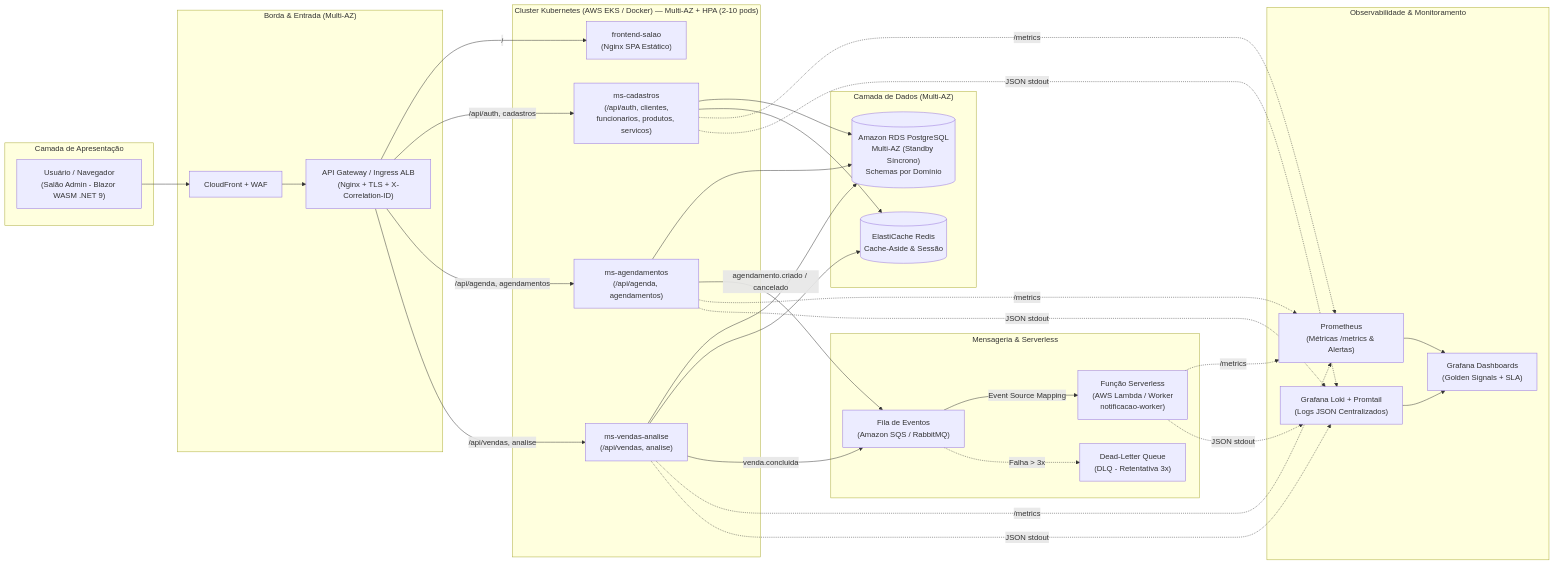
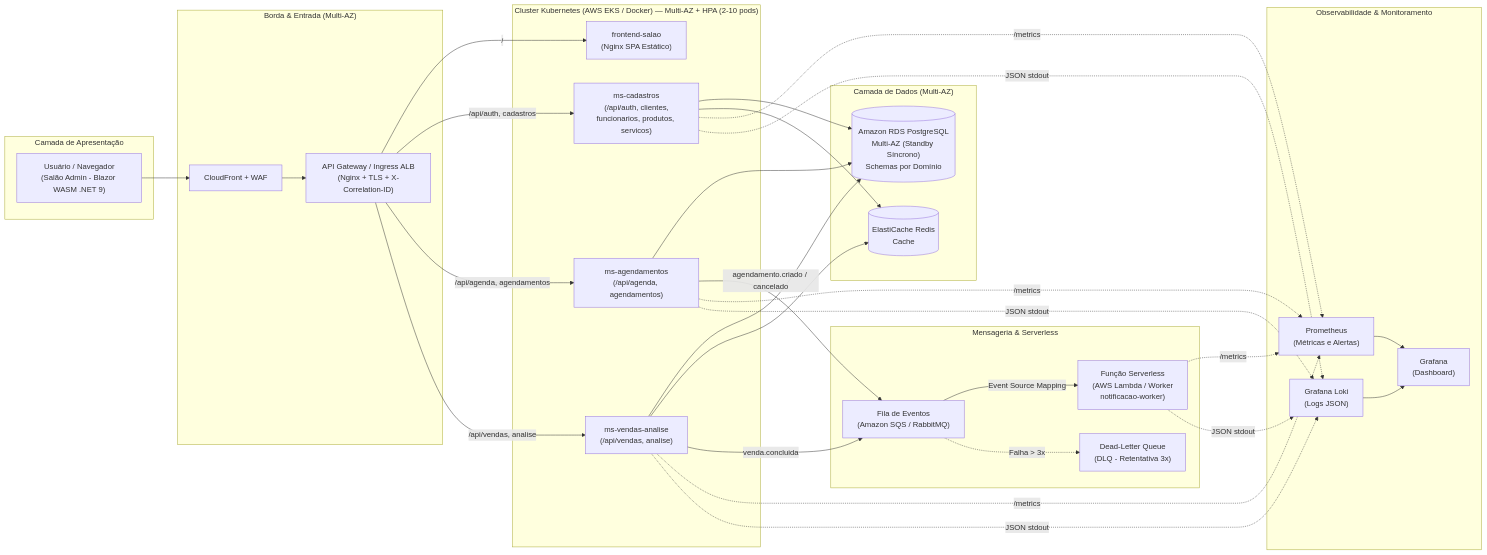
Before and after one commit to Xandi-avila/FrontendSalao: the diagram in 1-arquitetura/diagrama-arquitetura.mmd, drawn with Mermaid. The commit also changed 31 other files, not shown here.

```diff
--- a/1-arquitetura/diagrama-arquitetura.mmd
+++ b/1-arquitetura/diagrama-arquitetura.mmd
@@ -1,61 +1,61 @@
 flowchart LR
     subgraph Client["Camada de Apresentação"]
         U["Usuário / Navegador<br/>(Salão Admin - Blazor WASM .NET 9)"]
     end
 
     subgraph Edge["Borda & Entrada (Multi-AZ)"]
         CDN["CloudFront + WAF"]
         GW["API Gateway / Ingress ALB<br/>(Nginx + TLS + X-Correlation-ID)"]
     end
 
     subgraph K8S["Cluster Kubernetes (AWS EKS / Docker) — Multi-AZ + HPA (2-10 pods)"]
         FE["frontend-salao<br/>(Nginx SPA Estático)"]
         MS1["ms-cadastros<br/>(/api/auth, clientes,<br/>funcionarios, produtos, servicos)"]
         MS2["ms-agendamentos<br/>(/api/agenda, agendamentos)"]
         MS3["ms-vendas-analise<br/>(/api/vendas, analise)"]
     end
 
     subgraph Async["Mensageria & Serverless"]
         SQS["Fila de Eventos<br/>(Amazon SQS / RabbitMQ)"]
         DLQ["Dead-Letter Queue<br/>(DLQ - Retentativa 3x)"]
         LMB["Função Serverless<br/>(AWS Lambda / Worker<br/>notificacao-worker)"]
     end
 
     subgraph Data["Camada de Dados (Multi-AZ)"]
         RDS[("Amazon RDS PostgreSQL<br/>Multi-AZ (Standby Síncrono)<br/>Schemas por Domínio")]
-        REDIS[("ElastiCache Redis<br/>Cache-Aside & Sessão")]
+        REDIS[("ElastiCache Redis<br/>Cache")]
     end
 
     subgraph Obs["Observabilidade & Monitoramento"]
-        PROM["Prometheus<br/>(Métricas /metrics & Alertas)"]
-        LOKI["Grafana Loki + Promtail<br/>(Logs JSON Centralizados)"]
-        GRAF["Grafana Dashboards<br/>(Golden Signals + SLA)"]
+        PROM["Prometheus<br/>(Métricas e Alertas)"]
+        LOKI["Grafana Loki<br/>(Logs JSON)"]
+        GRAF["Grafana<br/>(Dashboard)"]
     end
 
     U --> CDN --> GW
     GW -->|/| FE
     GW -->|/api/auth, cadastros| MS1
     GW -->|/api/agenda, agendamentos| MS2
     GW -->|/api/vendas, analise| MS3
 
     MS1 --> RDS
     MS2 --> RDS
     MS3 --> RDS
     MS1 --> REDIS
     MS3 --> REDIS
 
     MS2 -->|agendamento.criado / cancelado| SQS
     MS3 -->|venda.concluida| SQS
     SQS -->|Event Source Mapping| LMB
     SQS -.->|Falha > 3x| DLQ
 
     MS1 -.->|/metrics| PROM
     MS2 -.->|/metrics| PROM
     MS3 -.->|/metrics| PROM
     LMB -.->|/metrics| PROM
     MS1 -.->|JSON stdout| LOKI
     MS2 -.->|JSON stdout| LOKI
     MS3 -.->|JSON stdout| LOKI
     LMB -.->|JSON stdout| LOKI
     PROM --> GRAF
     LOKI --> GRAF
```
